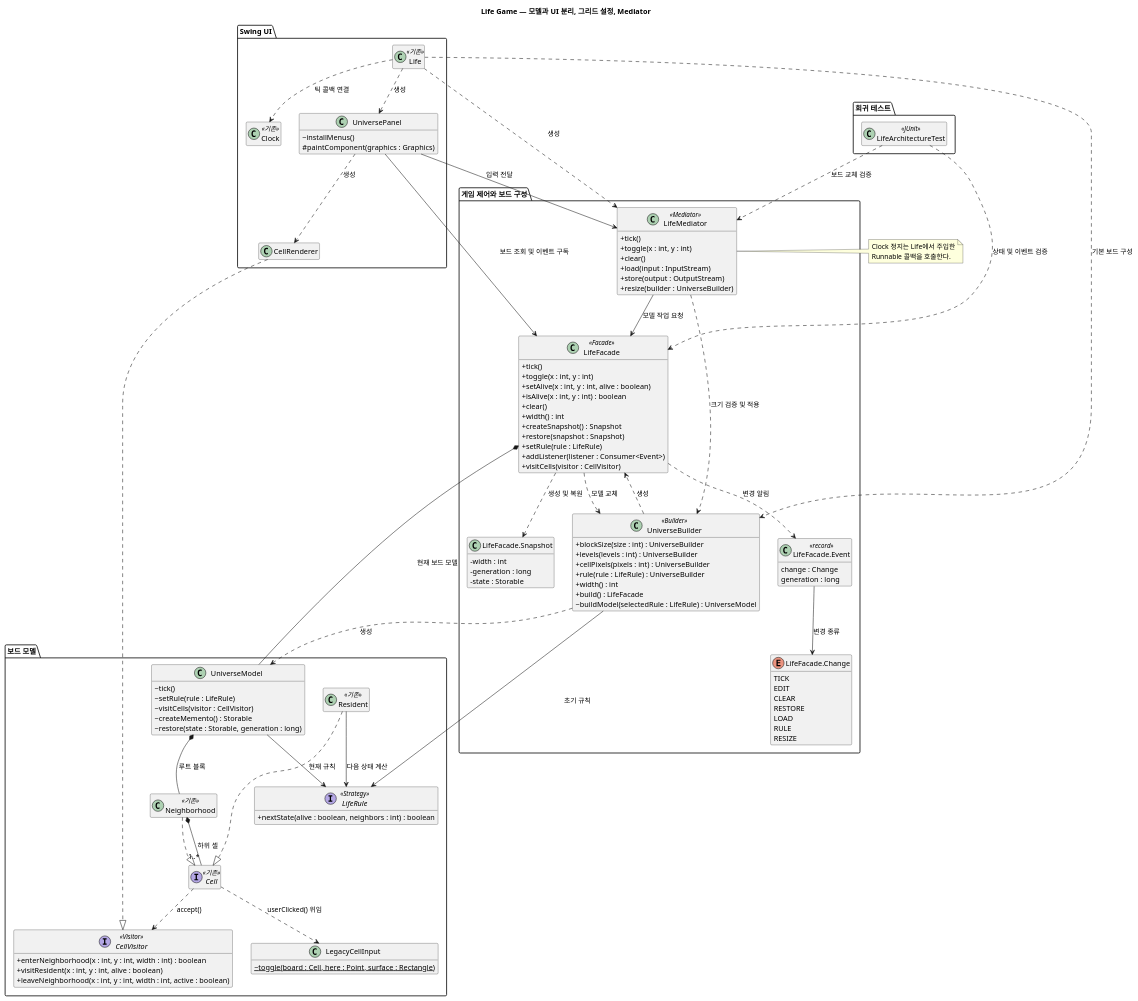
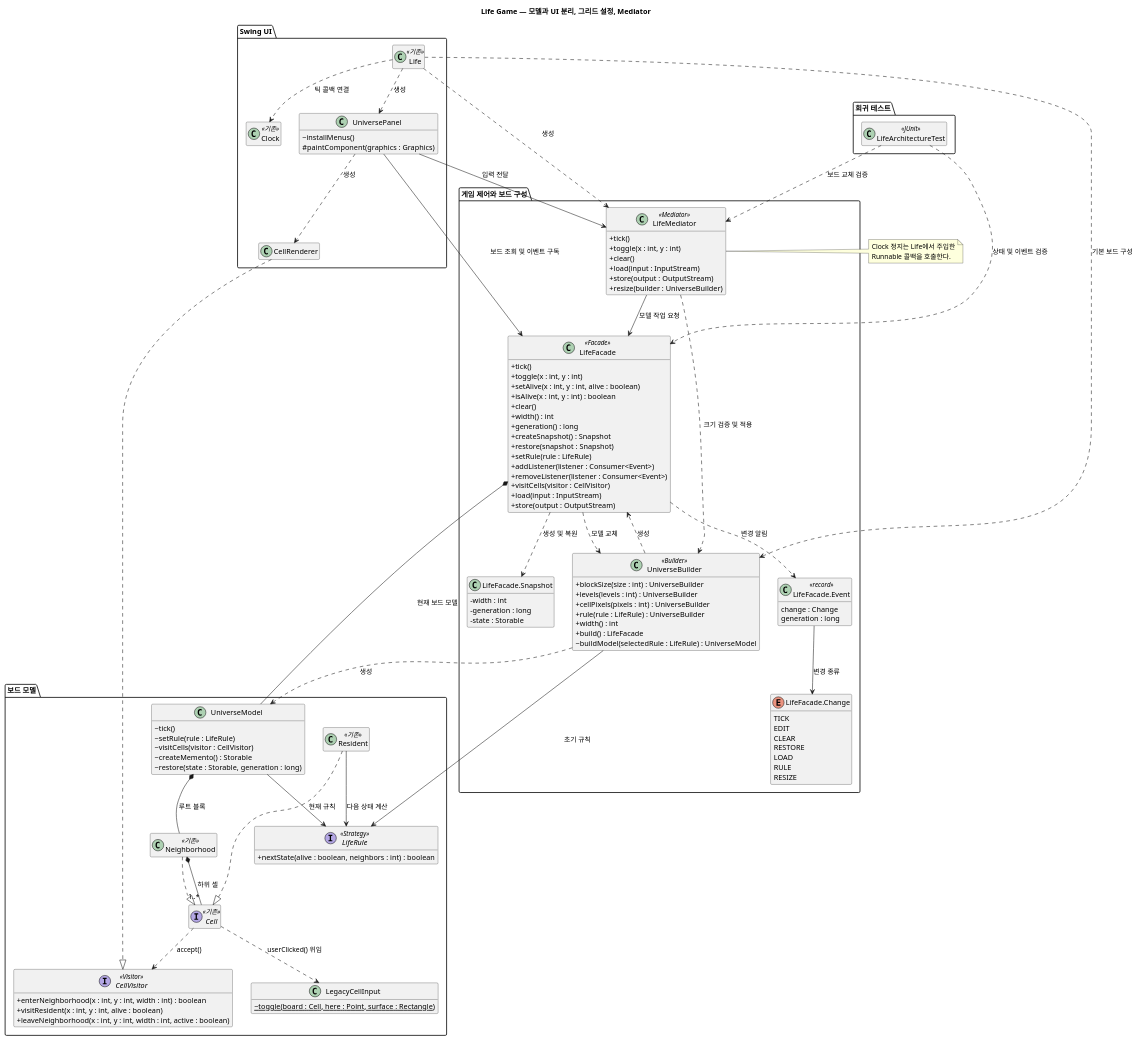
The diagram in docs/uml/life-architecture.puml (Crocobob911/CAU26_DesignPattern), drawn with PlantUML before and after one commit. The commit also changed 1 other file, not shown here.

Commit message:
Docs : 변경 전 클래스 다이어그램 추가, 변경 후 다이어그램에 LifeFacade 누락 메서드 보완

```diff
--- a/docs/uml/life-architecture.puml
+++ b/docs/uml/life-architecture.puml
@@ -1,131 +1,135 @@
 @startuml
 title Life Game — 모델과 UI 분리, 그리드 설정, Mediator
 skinparam classAttributeIconSize 0
 hide empty members
 
 package "Swing UI" {
   class Life <<기존>>
   class Clock <<기존>>
   class UniversePanel {
     ~installMenus()
     #paintComponent(graphics : Graphics)
   }
   class CellRenderer
 }
 
 package "게임 제어와 보드 구성" {
   class LifeMediator <<Mediator>> {
     +tick()
     +toggle(x : int, y : int)
     +clear()
     +load(input : InputStream)
     +store(output : OutputStream)
     +resize(builder : UniverseBuilder)
   }
   class LifeFacade <<Facade>> {
     +tick()
     +toggle(x : int, y : int)
     +setAlive(x : int, y : int, alive : boolean)
     +isAlive(x : int, y : int) : boolean
     +clear()
     +width() : int
+    +generation() : long
     +createSnapshot() : Snapshot
     +restore(snapshot : Snapshot)
     +setRule(rule : LifeRule)
     +addListener(listener : Consumer<Event>)
+    +removeListener(listener : Consumer<Event>)
     +visitCells(visitor : CellVisitor)
+    +load(input : InputStream)
+    +store(output : OutputStream)
   }
   class "LifeFacade.Snapshot" as Snapshot {
     -width : int
     -generation : long
     -state : Storable
   }
   class "LifeFacade.Event" as Event <<record>> {
     change : Change
     generation : long
   }
   enum "LifeFacade.Change" as Change {
     TICK
     EDIT
     CLEAR
     RESTORE
     LOAD
     RULE
     RESIZE
   }
   class UniverseBuilder <<Builder>> {
     +blockSize(size : int) : UniverseBuilder
     +levels(levels : int) : UniverseBuilder
     +cellPixels(pixels : int) : UniverseBuilder
     +rule(rule : LifeRule) : UniverseBuilder
     +width() : int
     +build() : LifeFacade
     ~buildModel(selectedRule : LifeRule) : UniverseModel
   }
 }
 
 package "보드 모델" {
   class UniverseModel {
     ~tick()
     ~setRule(rule : LifeRule)
     ~visitCells(visitor : CellVisitor)
     ~createMemento() : Storable
     ~restore(state : Storable, generation : long)
   }
   interface Cell <<기존>>
   class Neighborhood <<기존>>
   class Resident <<기존>>
   interface LifeRule <<Strategy>> {
     +nextState(alive : boolean, neighbors : int) : boolean
   }
   interface CellVisitor <<Visitor>> {
     +enterNeighborhood(x : int, y : int, width : int) : boolean
     +visitResident(x : int, y : int, alive : boolean)
     +leaveNeighborhood(x : int, y : int, width : int, active : boolean)
   }
   class LegacyCellInput {
     {static} ~toggle(board : Cell, here : Point, surface : Rectangle)
   }
 }
 
 package "회귀 테스트" {
   class LifeArchitectureTest <<JUnit>>
 }
 
 Life ..> UniversePanel : 생성
 Life ..> LifeMediator : 생성
 Life ..> UniverseBuilder : 기본 보드 구성
 Life ..> Clock : 틱 콜백 연결
 UniversePanel --> LifeMediator : 입력 전달
 UniversePanel --> LifeFacade : 보드 조회 및 이벤트 구독
 UniversePanel ..> CellRenderer : 생성
 CellRenderer ..|> CellVisitor
 
 LifeMediator --> LifeFacade : 모델 작업 요청
 LifeMediator ..> UniverseBuilder : 크기 검증 및 적용
 LifeFacade *-- UniverseModel : 현재 보드 모델
 LifeFacade ..> UniverseBuilder : 모델 교체
 LifeFacade ..> Snapshot : 생성 및 복원
 LifeFacade ..> Event : 변경 알림
 Event --> Change : 변경 종류
 UniverseBuilder ..> LifeFacade : 생성
 UniverseBuilder ..> UniverseModel : 생성
 UniverseBuilder --> LifeRule : 초기 규칙
 
 UniverseModel *-- Neighborhood : 루트 블록
 UniverseModel --> LifeRule : 현재 규칙
 Neighborhood ..|> Cell
 Resident ..|> Cell
 Neighborhood *-- "1..*" Cell : 하위 셀
 Resident --> LifeRule : 다음 상태 계산
 Cell ..> CellVisitor : accept()
 Cell ..> LegacyCellInput : userClicked() 위임
 LifeArchitectureTest ..> LifeFacade : 상태 및 이벤트 검증
 LifeArchitectureTest ..> LifeMediator : 보드 교체 검증
 
 note right of LifeMediator
   Clock 정지는 Life에서 주입한
   Runnable 콜백을 호출한다.
 end note
 
 @enduml
```
